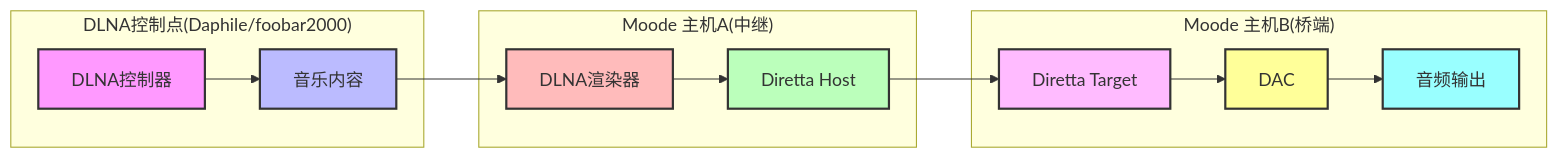
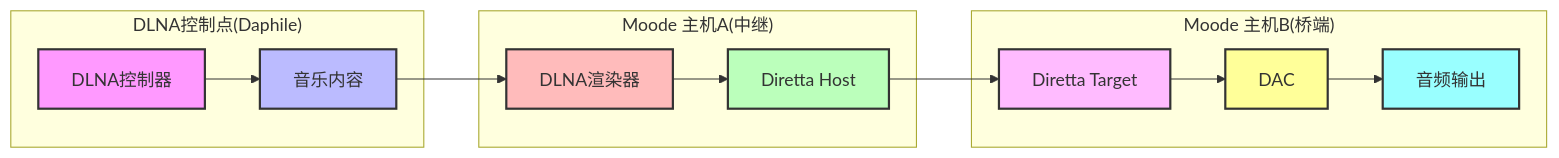
The second of 2 diagrams in README.md (mslovecc/nanopim4), drawn with Mermaid before and after one commit.

````diff
--- a/README.md
+++ b/README.md
@@ -28,21 +28,21 @@
 ```mermaid
 flowchart LR
-    subgraph "DLNA控制点(Daphile/foobar2000)"
+    subgraph "DLNA控制点(Daphile)"
     A[DLNA控制器] --> B[音乐内容]
     end
     subgraph "Moode 主机A(中继)"
     B --> C[DLNA渲染器]
     C --> D[Diretta Host]
     end
     subgraph "Moode 主机B(桥端)"
     D --> E[Diretta Target] --> F[DAC] --> G[音频输出]
     end
     
     style A fill:#f9f,stroke:#333,stroke-width:2px
     style B fill:#bbf,stroke:#333,stroke-width:2px
     style C fill:#fbb,stroke:#333,stroke-width:2px
     style D fill:#bfb,stroke:#333,stroke-width:2px
     style E fill:#fbf,stroke:#333,stroke-width:2px
     style F fill:#ff9,stroke:#333,stroke-width:2px
     style G fill:#9ff,stroke:#333,stroke-width:2px
 ```
````
